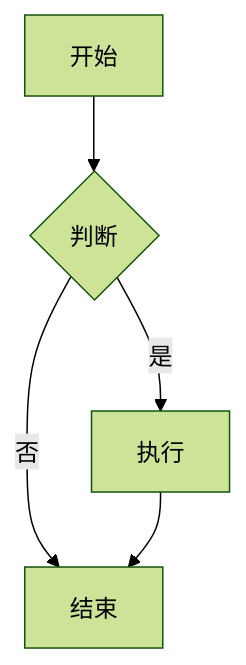
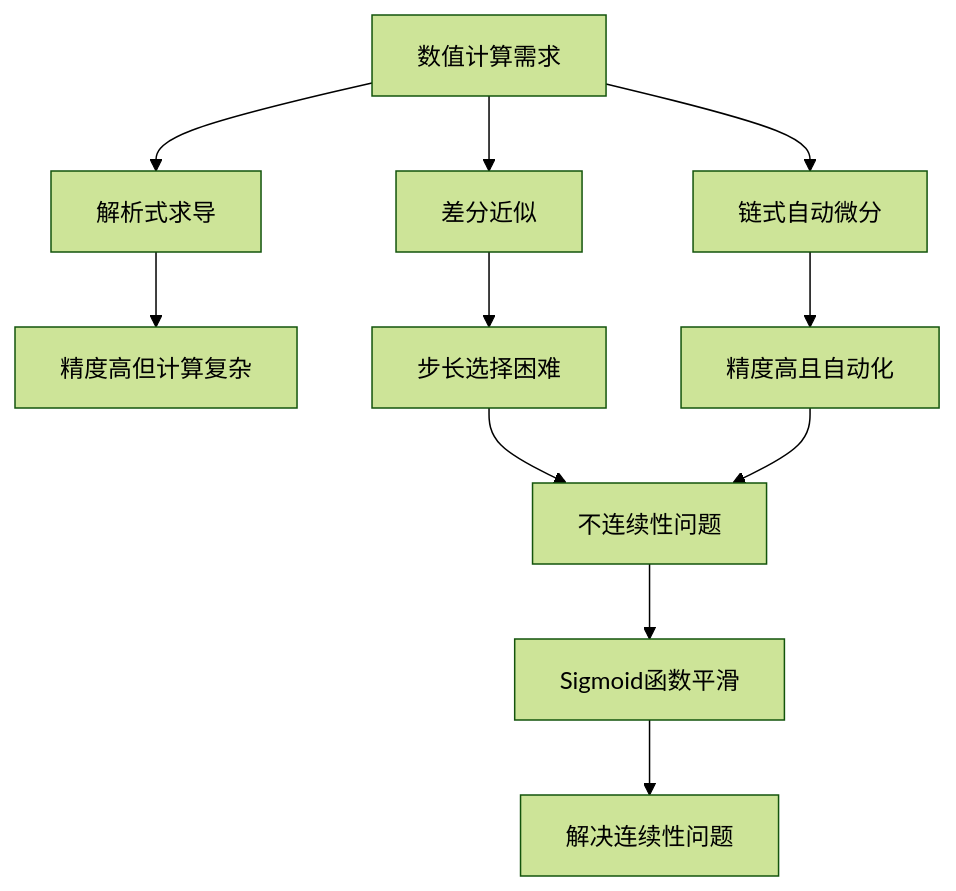
The first of 2 diagrams in examples/2020-05-22-blog-post-13.md (jinshidong/-skill), drawn with Mermaid (forest theme) before and after one commit. The commit also changed other lines of this file and 2 other files, not shown here.

First line of the commit message:
Update Mermaid diagrams to match article content

````diff
--- a/examples/2020-05-22-blog-post-13.md
+++ b/examples/2020-05-22-blog-post-13.md
@@ -18,7 +18,13 @@
 ```mermaid
 graph TD
-    A[开始] --> B{判断}
-    B -->|是| C[执行]
-    B -->|否| D[结束]
-    C --> D
+    A[数值计算需求] --> B[解析式求导]
+    A --> C[差分近似]
+    A --> D[链式自动微分]
+    B --> E[精度高但计算复杂]
+    C --> F[步长选择困难]
+    D --> G[精度高且自动化]
+    F --> H[不连续性问题]
+    G --> H
+    H --> I[Sigmoid函数平滑]
+    I --> J[解决连续性问题]
 ```
````
